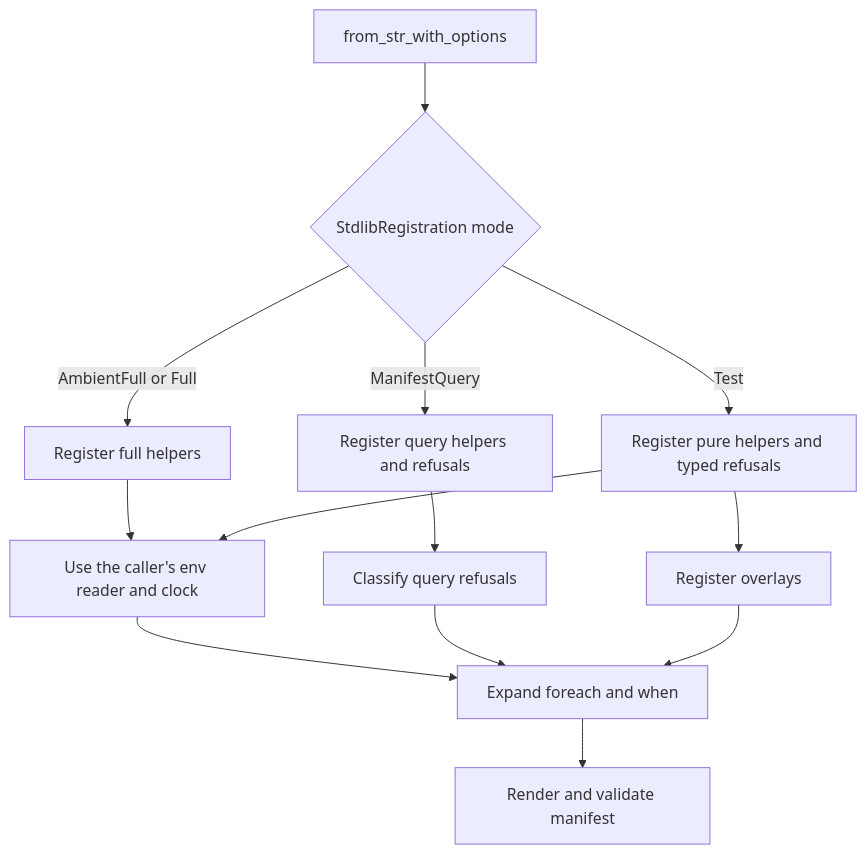
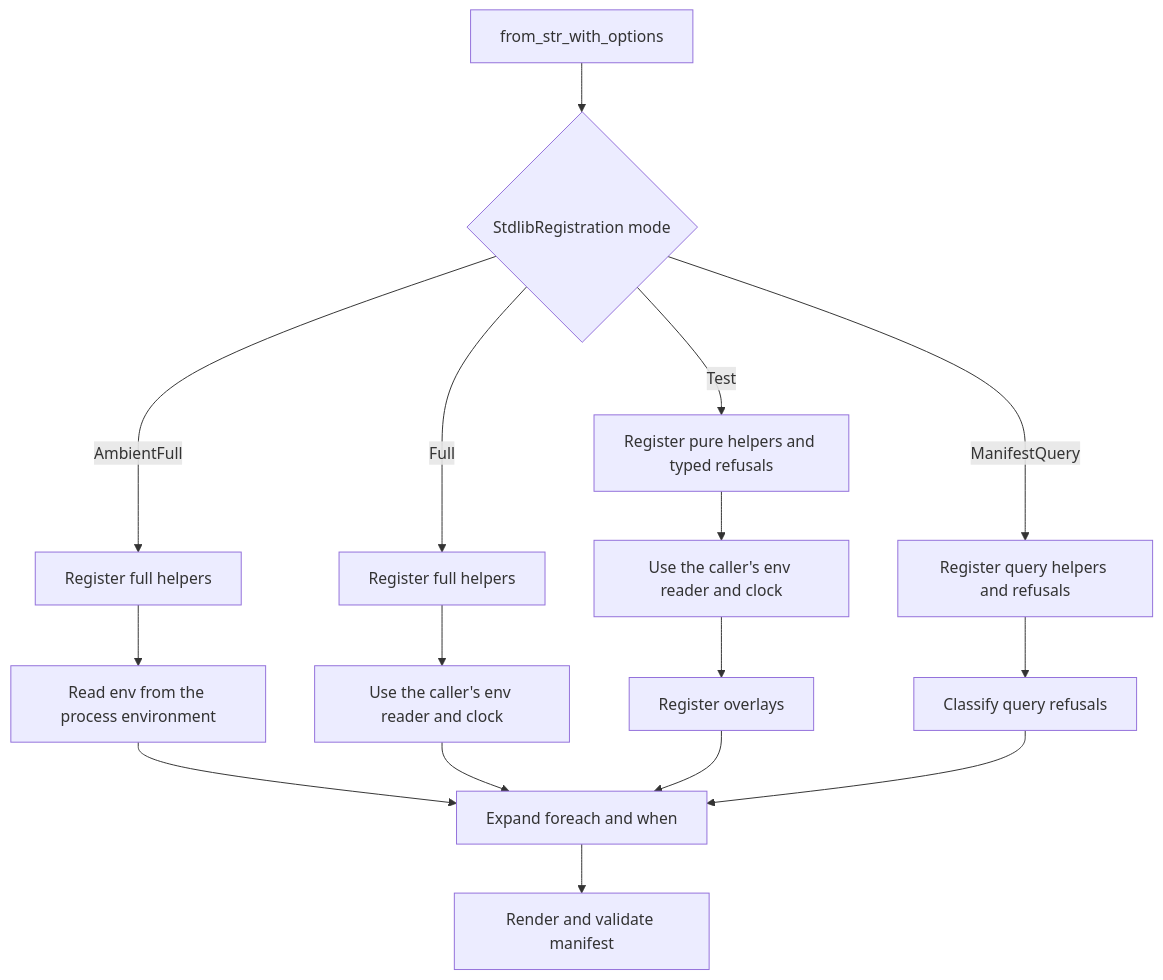
One commit to leynos/netsuke changed the second of 2 diagrams in docs/netsuke-test-framework-technical-design.md. Above: the diagram before and after it, drawn with Mermaid. The commit also changed 1 other file, not shown here.

First paragraph of the commit message:
Correct the loader mode diagram against its own prose
The milestone review found the Figure 2 flowchart disagreeing with the
screen-reader paragraph three lines above it, and it was right on both
counts:

````diff
--- a/docs/netsuke-test-framework-technical-design.md
+++ b/docs/netsuke-test-framework-technical-design.md
@@ -242,15 +242,18 @@
 ```mermaid
 flowchart TD
     Start[from_str_with_options] --> Mode{StdlibRegistration mode}
-    Mode -->|AmbientFull or Full| Build[Register full helpers]
+    Mode -->|AmbientFull| AmbientFull[Register full helpers]
+    Mode -->|Full| FullMode[Register full helpers]
     Mode -->|ManifestQuery| RestrictedQuery[Register query helpers and refusals]
     Mode -->|Test| RestrictedTest[Register pure helpers and typed refusals]
-    Build --> Inject["Use the caller's env reader and clock"]
-    RestrictedTest --> Inject
-    RestrictedTest --> Overlay[Register overlays]
-    Inject --> Expand[Expand foreach and when]
+    AmbientFull --> AmbientEnv["Read env from the process environment"]
+    FullMode --> FullEnv["Use the caller's env reader and clock"]
+    RestrictedTest --> TestEnv["Use the caller's env reader and clock"]
+    TestEnv --> Overlay[Register overlays]
     RestrictedQuery --> QueryClassify[Classify query refusals]
+    AmbientEnv --> Expand[Expand foreach and when]
+    FullEnv --> Expand
+    Overlay --> Expand
     QueryClassify --> Expand
-    Overlay --> Expand
     Expand --> Render[Render and validate manifest]
 ```
````
